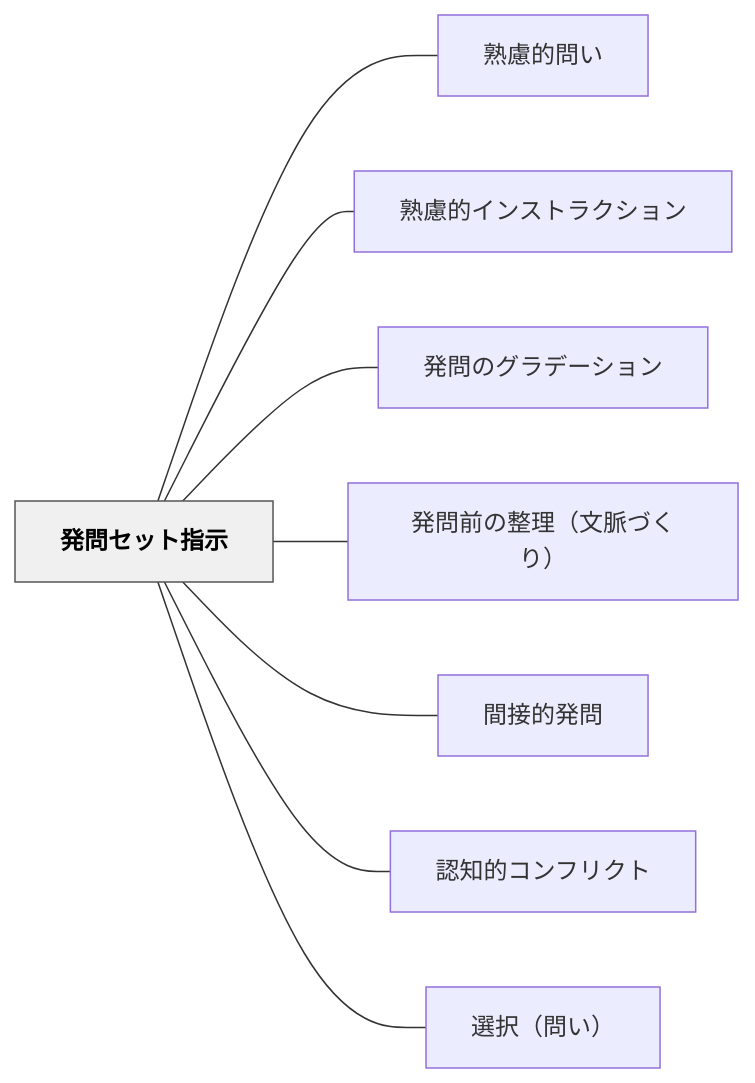
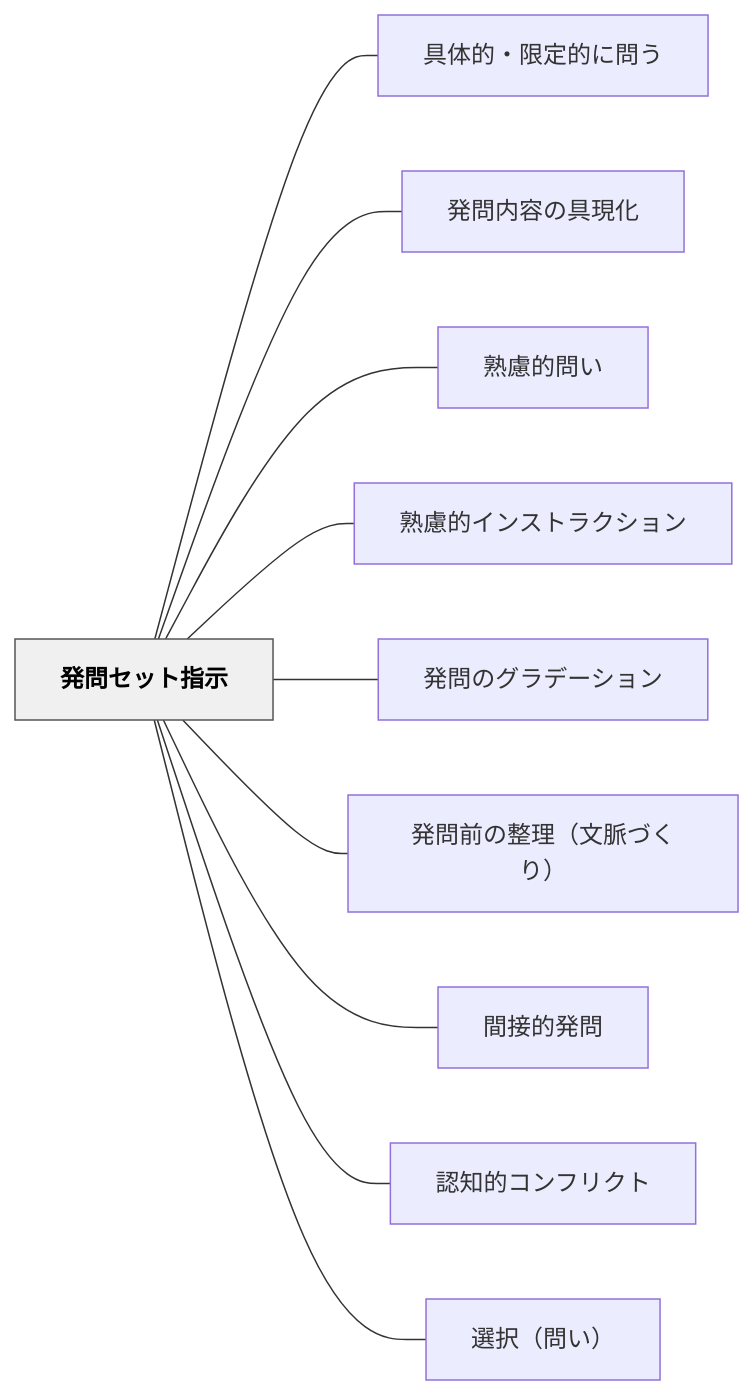
Before and after one commit to unknownthings-ed-patterns/unknownthings-ed-patterns: the diagram in content/パタン/発問セット指示.md, drawn with Mermaid. The commit also changed other lines of this file and 28 other files, not shown here.

````diff
--- a/content/パタン/発問セット指示.md
+++ b/content/パタン/発問セット指示.md
@@ -85,22 +87,26 @@
 ```mermaid
 flowchart LR
     ne799bae5958fe382bbe38383e38388e68c87e7a4ba["発問セット指示"]
+    ne585b7e4bd93e79a84e383bbe99990e5ae9ae79a84e381abe5958fe38186["具体的・限定的に問う"]
+    ne799bae5958fe58685e5aeb9e381aee585b7e78fbee58c96["発問内容の具現化"]
     ne7869fe685aee79a84e5958fe38184["熟慮的問い"]
     ne7869fe685aee79a84e382a4e383b3e382b9e38388e383a9e382afe382b7e383a7e383b3["熟慮的インストラクション"]
     ne799bae5958fe381aee382b0e383a9e38387e383bce382b7e383a7e383b3["発問のグラデーション"]
     ne799bae5958fe5898de381aee695b4e79086efbc88e69687e88488e381a5e3818fe3828aefbc89["発問前の整理（文脈づくり）"]
     ne99693e68ea5e79a84e799bae5958f["間接的発問"]
     ne8aa8de79fa5e79a84e382b3e383b3e38395e383aae382afe38388["認知的コンフリクト"]
     ne981b8e68a9eefbc88e5958fe38184efbc89["選択（問い）"]
 
+    ne799bae5958fe382bbe38383e38388e68c87e7a4ba --- ne585b7e4bd93e79a84e383bbe99990e5ae9ae79a84e381abe5958fe38186
+    ne799bae5958fe382bbe38383e38388e68c87e7a4ba --- ne799bae5958fe58685e5aeb9e381aee585b7e78fbee58c96
     ne799bae5958fe382bbe38383e38388e68c87e7a4ba --- ne7869fe685aee79a84e5958fe38184
     ne799bae5958fe382bbe38383e38388e68c87e7a4ba --- ne7869fe685aee79a84e382a4e383b3e382b9e38388e383a9e382afe382b7e383a7e383b3
     ne799bae5958fe382bbe38383e38388e68c87e7a4ba --- ne799bae5958fe381aee382b0e383a9e38387e383bce382b7e383a7e383b3
     ne799bae5958fe382bbe38383e38388e68c87e7a4ba --- ne799bae5958fe5898de381aee695b4e79086efbc88e69687e88488e381a5e3818fe3828aefbc89
     ne799bae5958fe382bbe38383e38388e68c87e7a4ba --- ne99693e68ea5e79a84e799bae5958f
     ne799bae5958fe382bbe38383e38388e68c87e7a4ba --- ne8aa8de79fa5e79a84e382b3e383b3e38395e383aae382afe38388
     ne799bae5958fe382bbe38383e38388e68c87e7a4ba --- ne981b8e68a9eefbc88e5958fe38184efbc89
 
     classDef hub fill:#f0f0f0,stroke:#555,color:#000,font-weight:bold
     class ne799bae5958fe382bbe38383e38388e68c87e7a4ba hub
 ```
````
